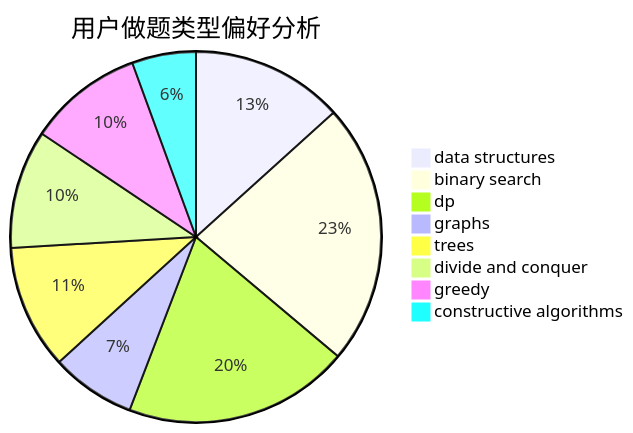
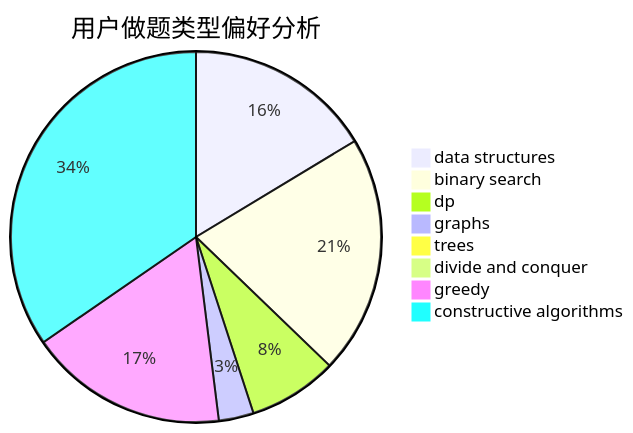
One commit to sherpahu/cfrs.github.io changed the second of 3 diagrams in docs/user/u639.md. Above: the diagram before and after it, drawn with Mermaid. The commit also changed other lines of this file and 2770 other files, not shown here.

````diff
--- a/docs/user/u639.md
+++ b/docs/user/u639.md
@@ -23,11 +23,11 @@
 ```mermaid
 pie title 用户做题类型偏好分析
-    "data structures" :  81
-    "binary search" :  139
-    "dp" :  120
-    "graphs" :  45
-    "trees" :  66
-    "divide and conquer" :  63
-    "greedy" :  61
-    "constructive algorithms" :  34
+    "data structures" :  145
+    "binary search" :  185
+    "dp" :  69
+    "graphs" :  27
+    "trees" :  4
+    "divide and conquer" :  0
+    "greedy" :  154
+    "constructive algorithms" :  307
 ```
````
